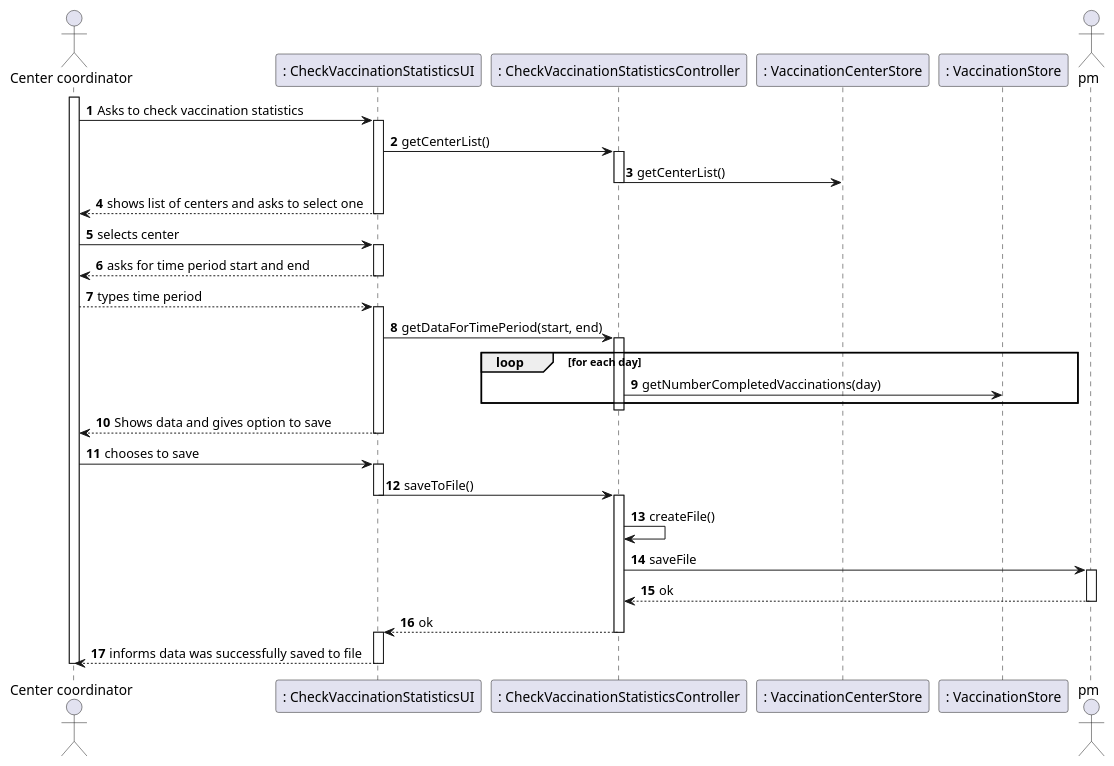
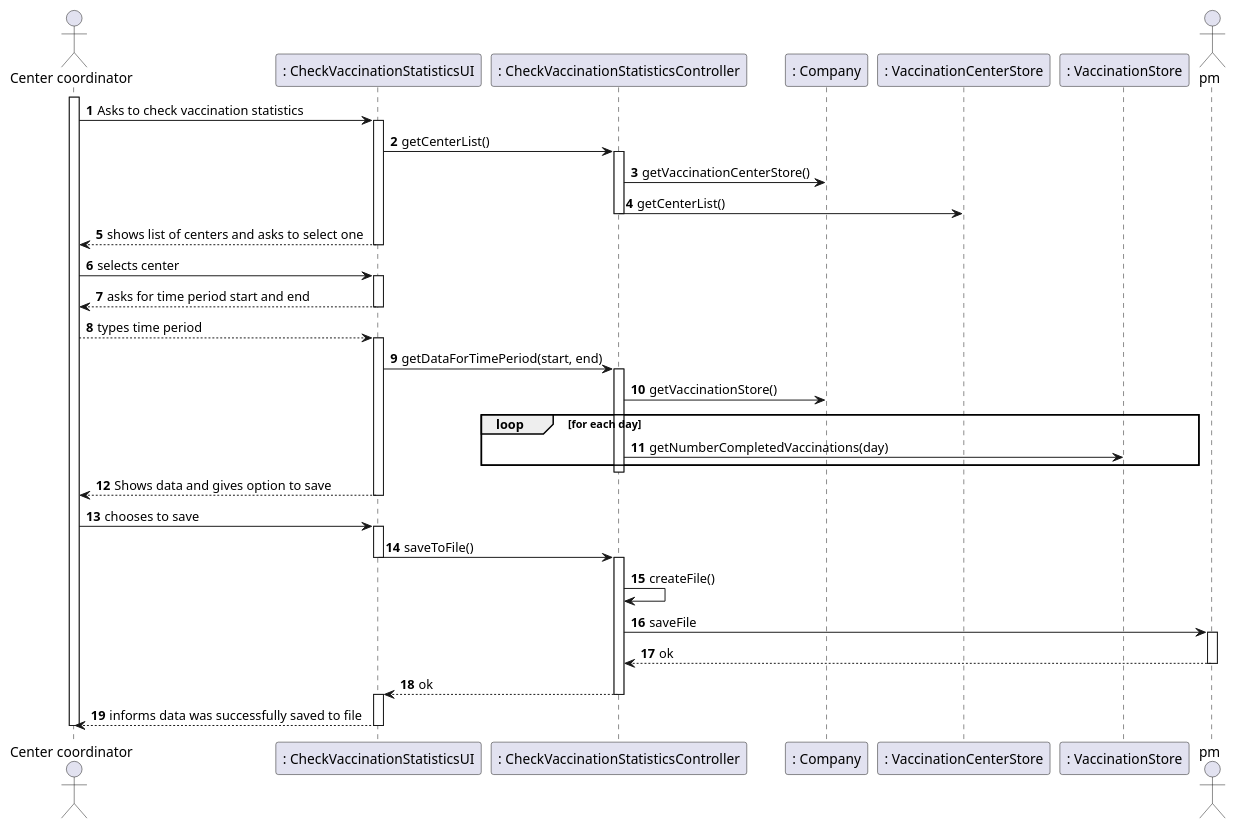
One commit to PedroMesquita1211171/VaccinationManager changed the diagram in docs/SprintD/US/US15/US015_SD.puml. Above: the diagram before and after it, drawn with PlantUML. The commit also changed 2 other files, not shown here.

```diff
--- a/docs/SprintD/US/US15/US015_SD.puml
+++ b/docs/SprintD/US/US15/US015_SD.puml
@@ -1,59 +1,62 @@
 @startuml
 'https://plantuml.com/sequence-diagram
 
 autonumber
 actor "Center coordinator" as cc
 participant  ": CheckVaccinationStatisticsUI" as ui
 participant ": CheckVaccinationStatisticsController" as con
+participant ": Company" as com
 participant ": VaccinationCenterStore" as vcs
 participant ": VaccinationStore" as store
 actor "pm" as c
 activate cc
 cc -> ui: Asks to check vaccination statistics
 
 activate ui
 ui->con: getCenterList()
 activate con
+con->com: getVaccinationCenterStore()
 con->vcs:getCenterList()
 deactivate con
 ui--> cc: shows list of centers and asks to select one
 deactivate ui
 
 cc->ui: selects center
 
 activate ui
 ui --> cc: asks for time period start and end
 deactivate ui
 
 cc --> ui: types time period
 
 activate ui
 ui -> con: getDataForTimePeriod(start, end)
 activate con
+con->com: getVaccinationStore()
 loop for each day
  con -> store: getNumberCompletedVaccinations(day)
 end
 deactivate con
 
 ui --> cc: Shows data and gives option to save
 deactivate ui
 
 cc -> ui: chooses to save
 activate ui
 ui->con:saveToFile()
 deactivate ui
 activate con
 con->con:createFile()
 con->c: saveFile
 activate c
 c-->con:  ok
 deactivate c
 con-->ui:  ok
 deactivate con
 
 activate ui
 ui-->cc : informs data was successfully saved to file
 deactivate ui
 deactivate cc
 
 @enduml
```
